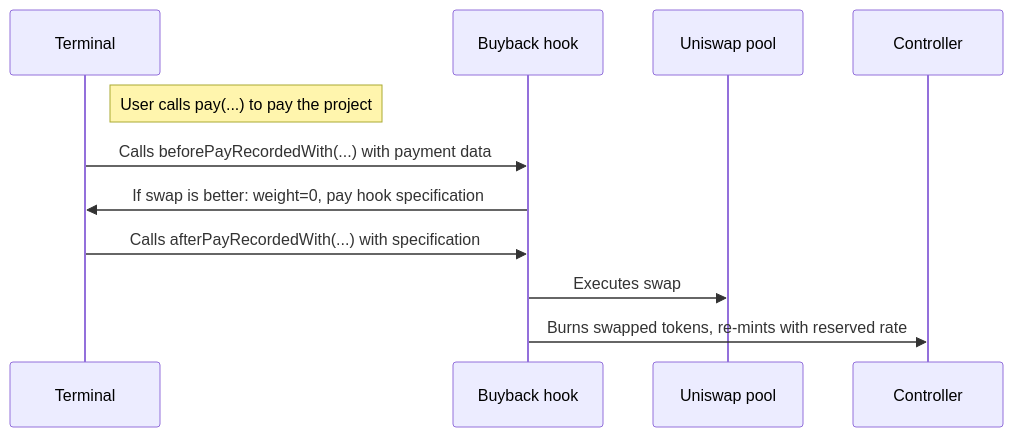
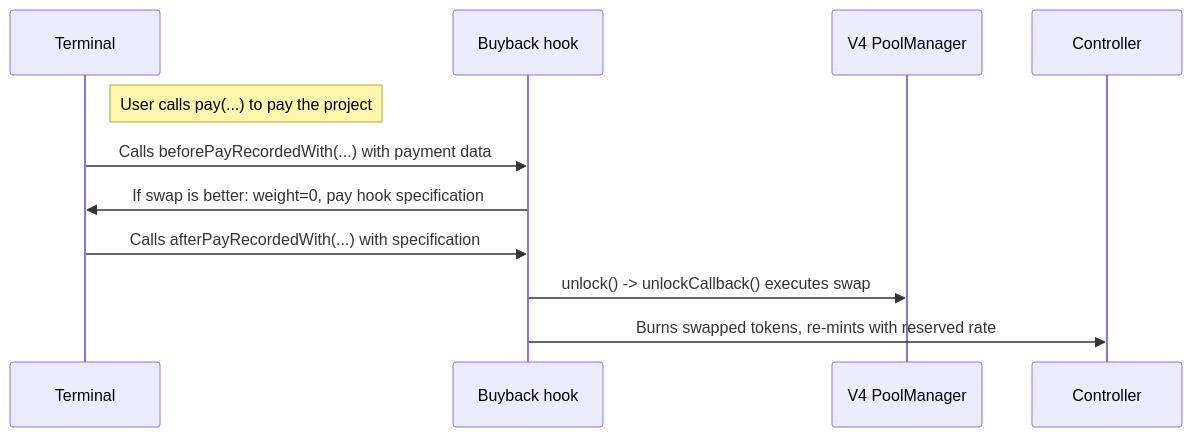
The diagram in README.md (Bananapus/nana-buyback-hook-v6), drawn with Mermaid before and after one commit. The commit also changed other lines of this file and 1 other file, not shown here.

First line of the commit message:
docs: rewrite README and SKILLS for V4 buyback hook

````diff
--- a/README.md
+++ b/README.md
@@ -17,13 +17,13 @@
 ```mermaid
 sequenceDiagram
     participant Terminal
     participant Buyback hook
-    participant Uniswap pool
+    participant V4 PoolManager
     participant Controller
     Note right of Terminal: User calls pay(...) to pay the project
     Terminal->>Buyback hook: Calls beforePayRecordedWith(...) with payment data
     Buyback hook->>Terminal: If swap is better: weight=0, pay hook specification
     Terminal->>Buyback hook: Calls afterPayRecordedWith(...) with specification
-    Buyback hook->>Uniswap pool: Executes swap
+    Buyback hook->>V4 PoolManager: unlock() -> unlockCallback() executes swap
     Buyback hook->>Controller: Burns swapped tokens, re-mints with reserved rate
 ```
````
